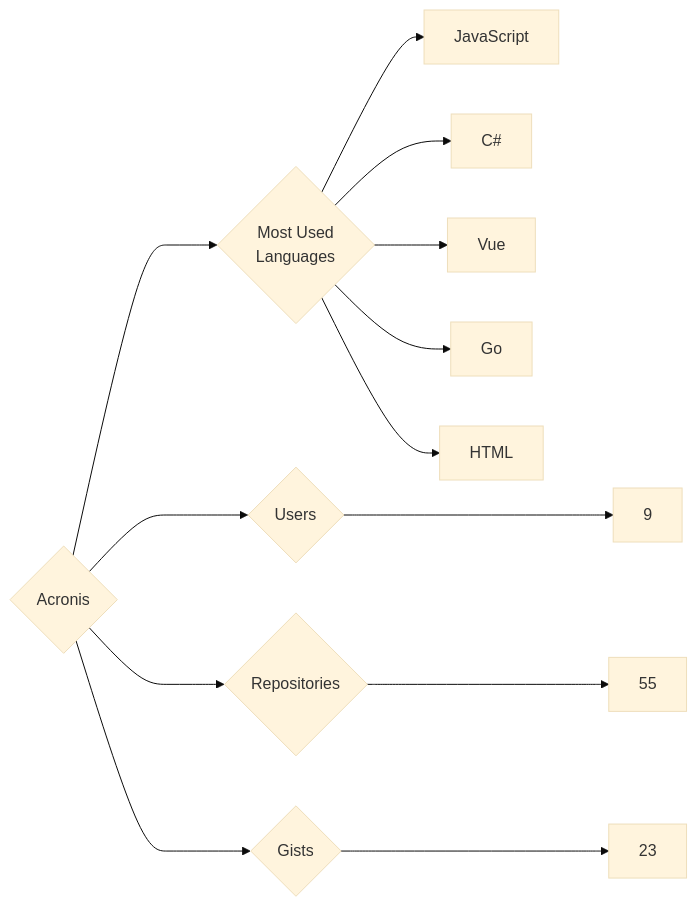
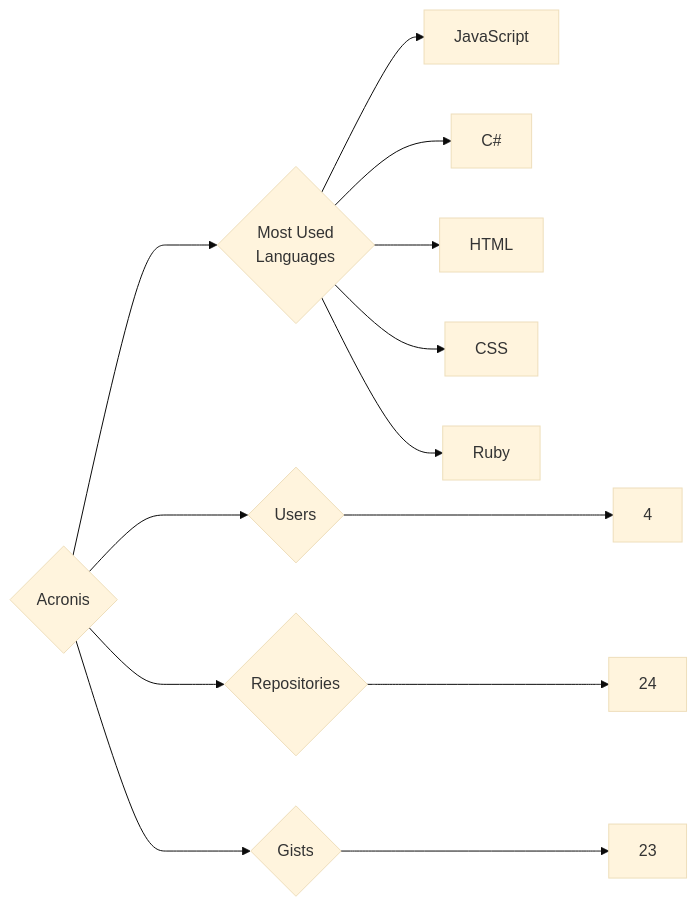
One commit to trickest/insiders changed the diagram in targets/Acronis/README.md. Above: the diagram before and after it, drawn with Mermaid (base theme). The commit also changed 636 other files, not shown here.

````diff
--- a/targets/Acronis/README.md
+++ b/targets/Acronis/README.md
@@ -3,13 +3,13 @@
 ```mermaid
 graph LR
 COMPANY_NAME{Acronis}
-COMPANY_NAME ---> U{Users} ---> UN[9]
-COMPANY_NAME ---> R{Repositories} ---> RN[55]
+COMPANY_NAME ---> U{Users} ---> UN[4]
+COMPANY_NAME ---> R{Repositories} ---> RN[24]
 COMPANY_NAME ---> G{Gists} ---> GN[23]
 COMPANY_NAME ---> ML{Most Used<br>Languages}
 ML --> JavaScript[JavaScript]
 ML --> C#[C#]
-ML --> Vue[Vue]
-ML --> Go[Go]
 ML --> HTML[HTML]
+ML --> CSS[CSS]
+ML --> Ruby[Ruby]
 ```
````
